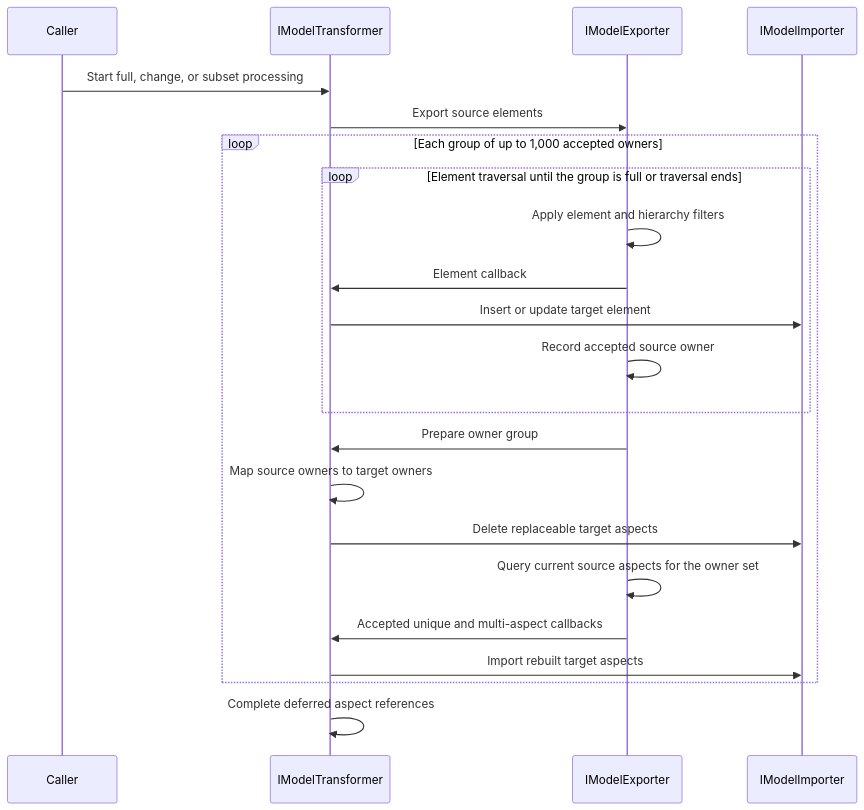
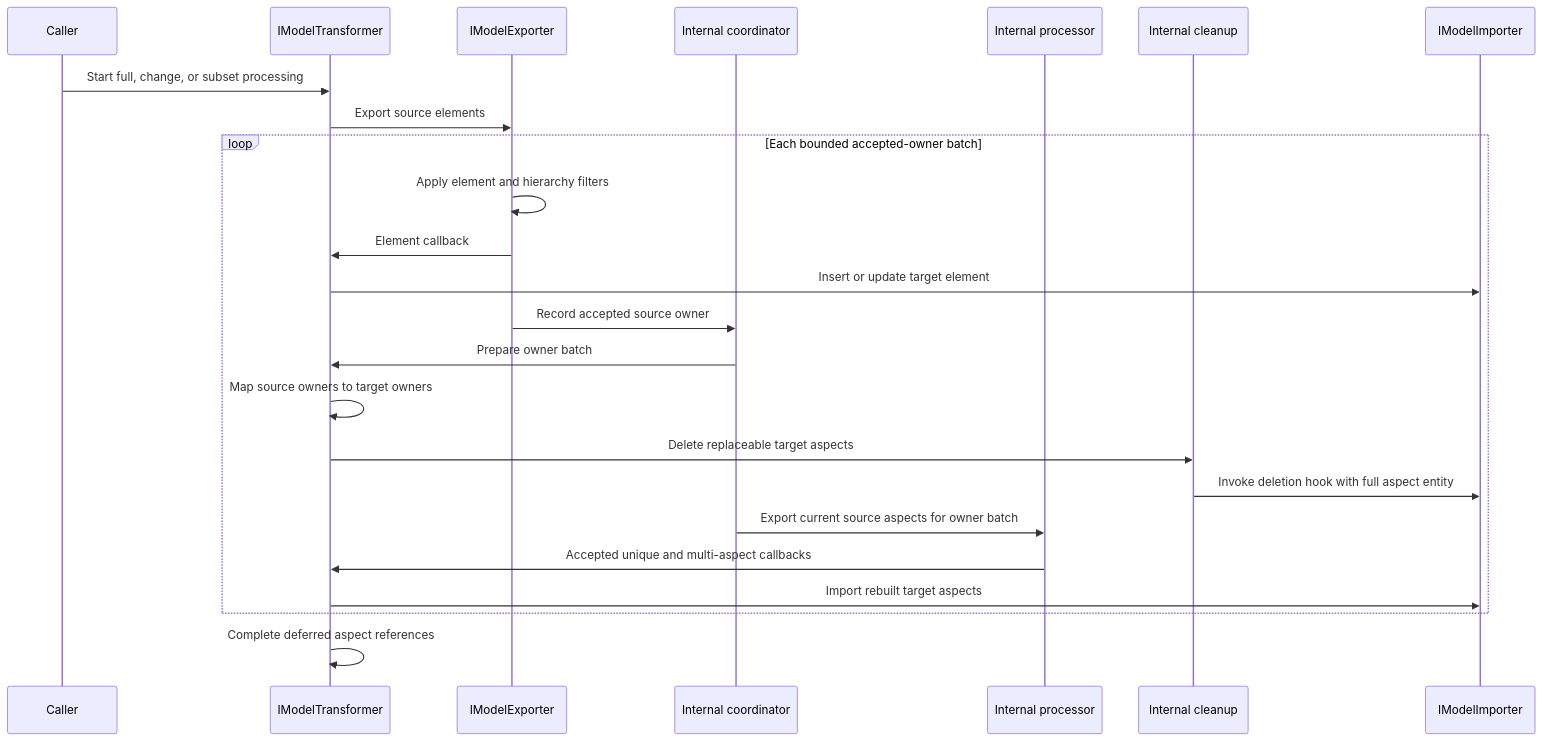
One commit to iTwin/imodel-transformer changed the second of 2 diagrams in docs/learning/transformer/element-aspect-processing.md. Above: the diagram before and after it, drawn with Mermaid. The commit also changed other lines of this file and 11 other files, not shown here.

Commit message:
Address ElementAspect lifecycle review findings

````diff
--- a/docs/learning/transformer/element-aspect-processing.md
+++ b/docs/learning/transformer/element-aspect-processing.md
@@ -37,27 +36,29 @@
 ```mermaid
 sequenceDiagram
     participant C as Caller
     participant T as IModelTransformer
     participant E as IModelExporter
+    participant CO as Internal coordinator
+    participant P as Internal processor
+    participant CL as Internal cleanup
     participant I as IModelImporter
 
     C->>T: Start full, change, or subset processing
     T->>E: Export source elements
 
-    loop Each group of up to 1,000 accepted owners
-        loop Element traversal until the group is full or traversal ends
-            E->>E: Apply element and hierarchy filters
-            E->>T: Element callback
-            T->>I: Insert or update target element
-            E->>E: Record accepted source owner
-        end
-        E->>T: Prepare owner group
+    loop Each bounded accepted-owner batch
+        E->>E: Apply element and hierarchy filters
+        E->>T: Element callback
+        T->>I: Insert or update target element
+        E->>CO: Record accepted source owner
+        CO->>T: Prepare owner batch
         T->>T: Map source owners to target owners
-        T->>I: Delete replaceable target aspects
-        E->>E: Query current source aspects for the owner set
-        E->>T: Accepted unique and multi-aspect callbacks
+        T->>CL: Delete replaceable target aspects
+        CL->>I: Invoke deletion hook with full aspect entity
+        CO->>P: Export current source aspects for owner batch
+        P->>T: Accepted unique and multi-aspect callbacks
         T->>I: Import rebuilt target aspects
     end
 
     T->>T: Complete deferred aspect references
 ```
````
